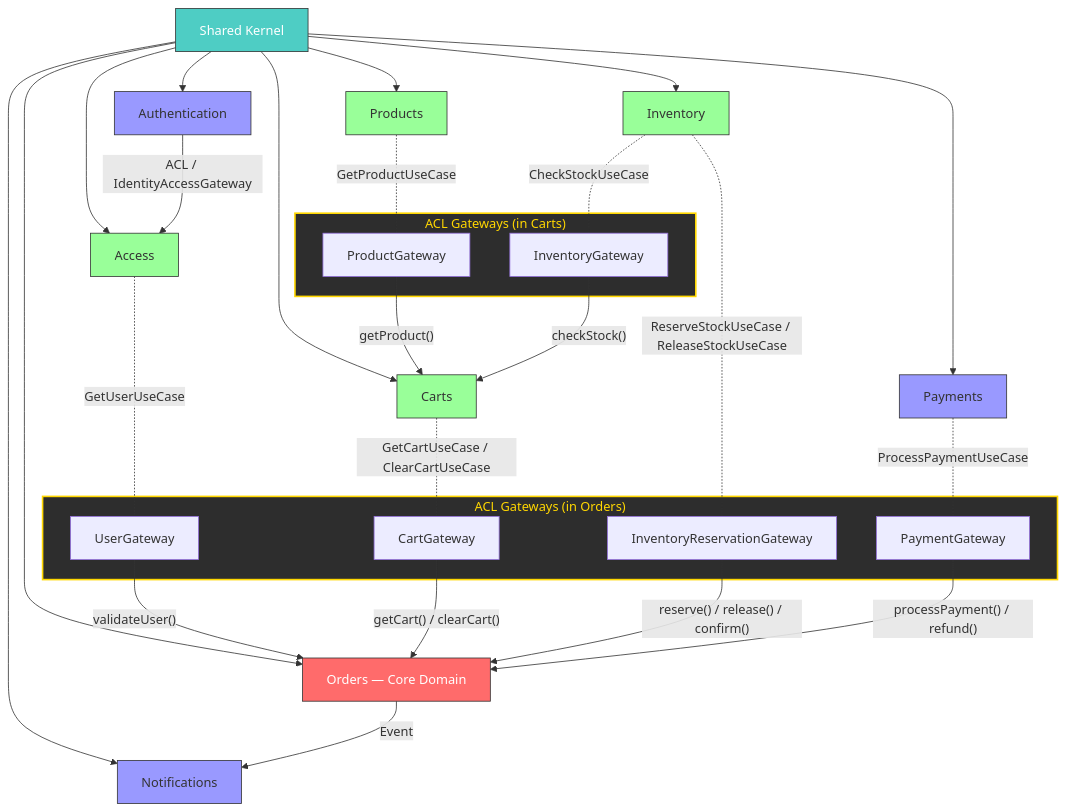
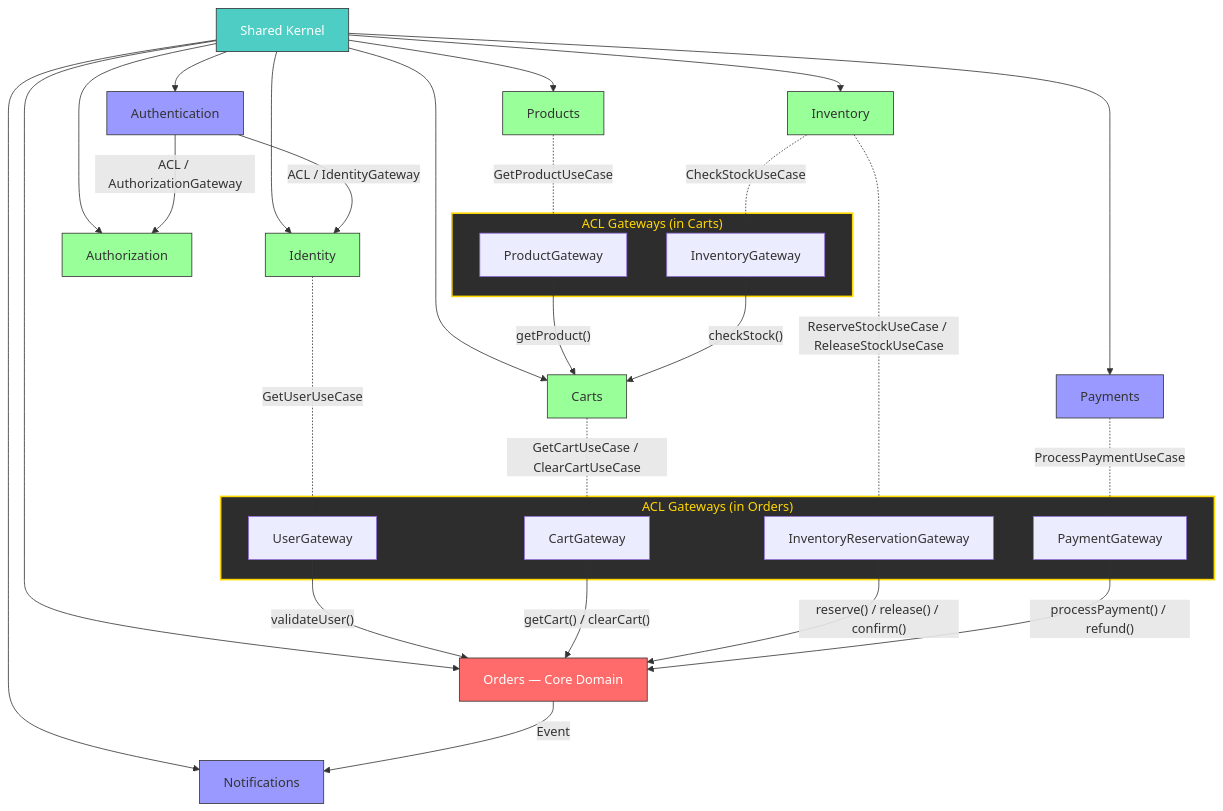
The first of 11 diagrams in docs/architecture/ARCHITECTURE.md (raouf-b-dev/ecommerce-store-api), drawn with Mermaid before and after one commit. The commit also changed other lines of this file and 169 other files, not shown here.

First line of the commit message:
ES-138: Refactor Access Module to Identity and Authorization Modules

````diff
--- a/docs/architecture/ARCHITECTURE.md
+++ b/docs/architecture/ARCHITECTURE.md
@@ -40,53 +41,55 @@
 ```mermaid
 graph TD
     SK[Shared Kernel] --> Orders[Orders — Core Domain]
     SK --> Carts[Carts]
     SK --> Inventory[Inventory]
     SK --> Products[Products]
-    SK --> Access[Access]
+    SK --> Identity[Identity]
+    SK --> Authorization[Authorization]
     SK --> Payments[Payments]
     SK --> Authentication[Authentication]
     SK --> Notifications[Notifications]
 
     subgraph ACL_Orders["ACL Gateways (in Orders)"]
         CustGW["UserGateway"]
         CartGW["CartGateway"]
         InvGW["InventoryReservationGateway"]
         PayGW["PaymentGateway"]
     end
 
-    Access -.-|"GetUserUseCase"| CustGW
+    Identity -.-|"GetUserUseCase"| CustGW
     Carts -.-|"GetCartUseCase / ClearCartUseCase"| CartGW
     Inventory -.-|"ReserveStockUseCase / ReleaseStockUseCase"| InvGW
     Payments -.-|"ProcessPaymentUseCase"| PayGW
 
     CustGW -->|"validateUser()"| Orders
     CartGW -->|"getCart() / clearCart()"| Orders
     InvGW -->|"reserve() / release() / confirm()"| Orders
     PayGW -->|"processPayment() / refund()"| Orders
 
     subgraph ACL_Carts["ACL Gateways (in Carts)"]
         ProdGW["ProductGateway"]
         InvGW2["InventoryGateway"]
     end
 
     Products -.-|"GetProductUseCase"| ProdGW
     Inventory -.-|"CheckStockUseCase"| InvGW2
 
     ProdGW -->|"getProduct()"| Carts
     InvGW2 -->|"checkStock()"| Carts
 
-    Authentication -->|"ACL / IdentityAccessGateway"| Access
+    Authentication -->|"ACL / IdentityGateway"| Identity
+    Authentication -->|"ACL / AuthorizationGateway"| Authorization
     Orders -->|"Event"| Notifications
 
     style Orders fill:#ff6b6b,stroke:#333,color:#fff
     style SK fill:#4ecdc4,stroke:#333,color:#fff
     style ACL_Orders fill:#2d2d2d,stroke:#ffd700,color:#ffd700,stroke-width:2px
     style ACL_Carts fill:#2d2d2d,stroke:#ffd700,color:#ffd700,stroke-width:2px
 
     classDef support fill:#99ff99,stroke:#333,stroke-width:1px;
     classDef generic fill:#9999ff,stroke:#333,stroke-width:1px;
 
-    class Inventory,Products,Carts,Access support;
+    class Inventory,Products,Carts,Identity,Authorization support;
     class Payments,Authentication,Notifications generic;
 ```
````
